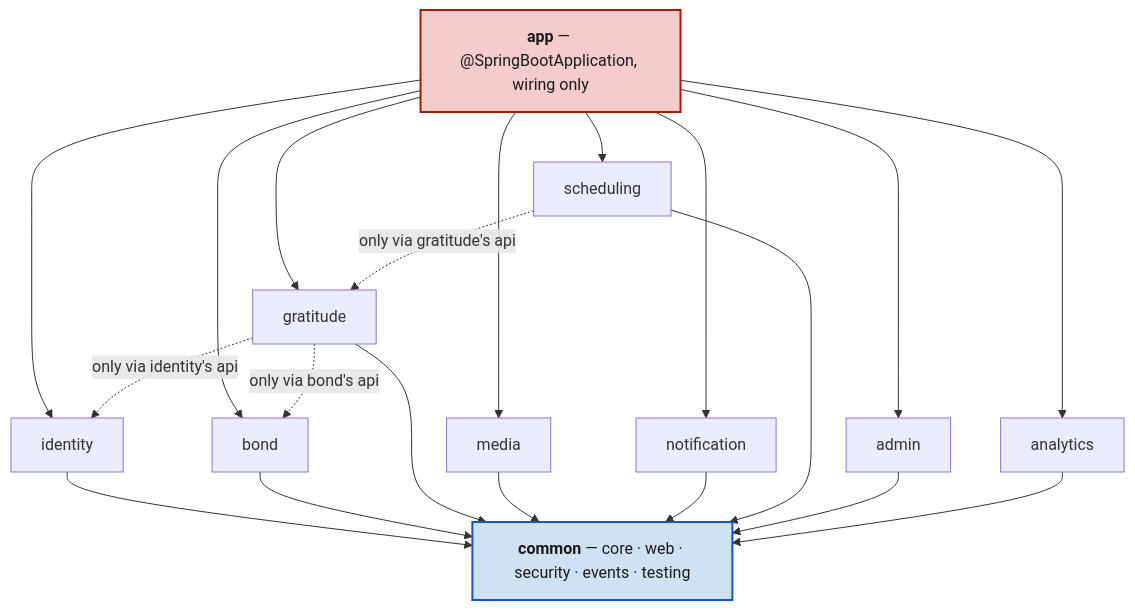
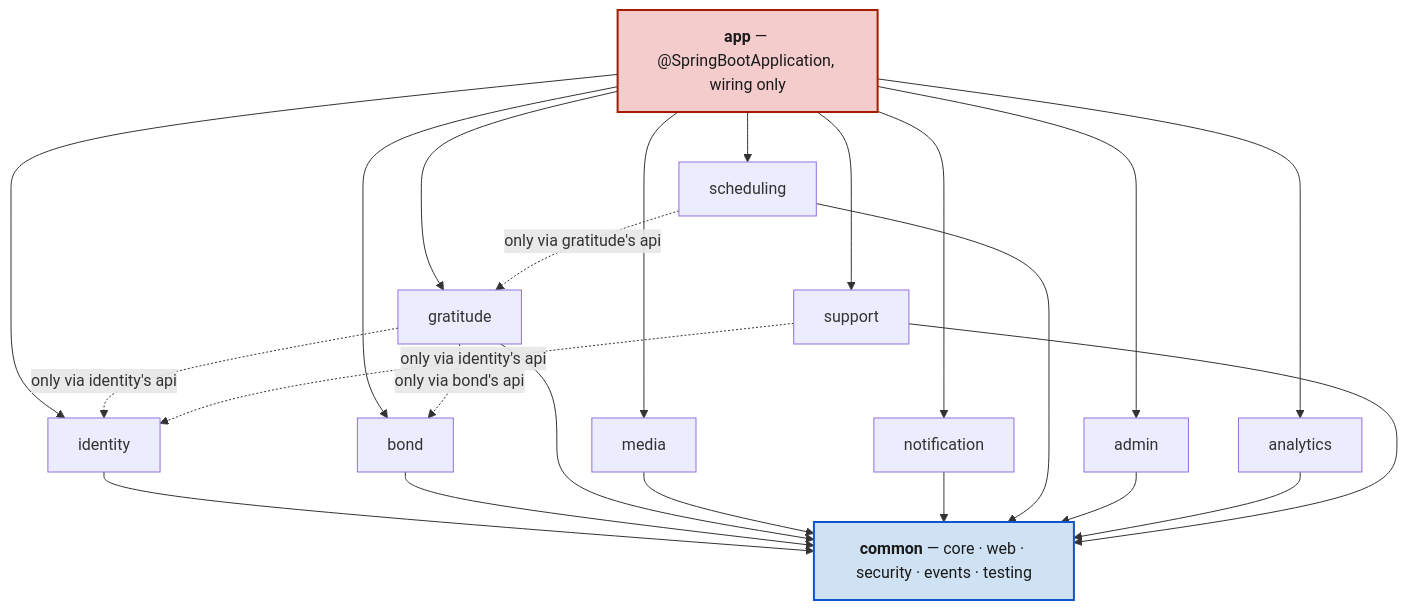
Before and after one commit to Ayodeji97/moyi-backend: the first of 2 diagrams in README.md, drawn with Mermaid. The commit also changed other lines of this file and 33 other files, not shown here.

````diff
--- a/README.md
+++ b/README.md
@@ -195,30 +195,32 @@
 ```mermaid
 flowchart TD
     app["<b>app</b> — @SpringBootApplication, wiring only"]
 
     identity["identity"]
     bond["bond"]
     gratitude["gratitude"]
     media["media"]
     notification["notification"]
     scheduling["scheduling"]
     admin["admin"]
     analytics["analytics"]
+    support["support"]
 
     common["<b>common</b> — core · web · security · events · testing"]
 
     app --> identity & bond & gratitude & media
-    app --> notification & scheduling & admin & analytics
+    app --> notification & scheduling & admin & analytics & support
 
     identity & bond & gratitude & media --> common
-    notification & scheduling & admin & analytics --> common
+    notification & scheduling & admin & analytics & support --> common
 
     gratitude -. "only via bond's api" .-> bond
     gratitude -. "only via identity's api" .-> identity
     scheduling -. "only via gratitude's api" .-> gratitude
+    support -. "only via identity's api" .-> identity
 
     classDef wiring fill:#f4cccc,stroke:#a61c00,stroke-width:2px,color:#1a1a1a
     classDef shared fill:#cfe2f3,stroke:#1155cc,stroke-width:2px,color:#1a1a1a
     class app wiring
     class common shared
 ```
````
